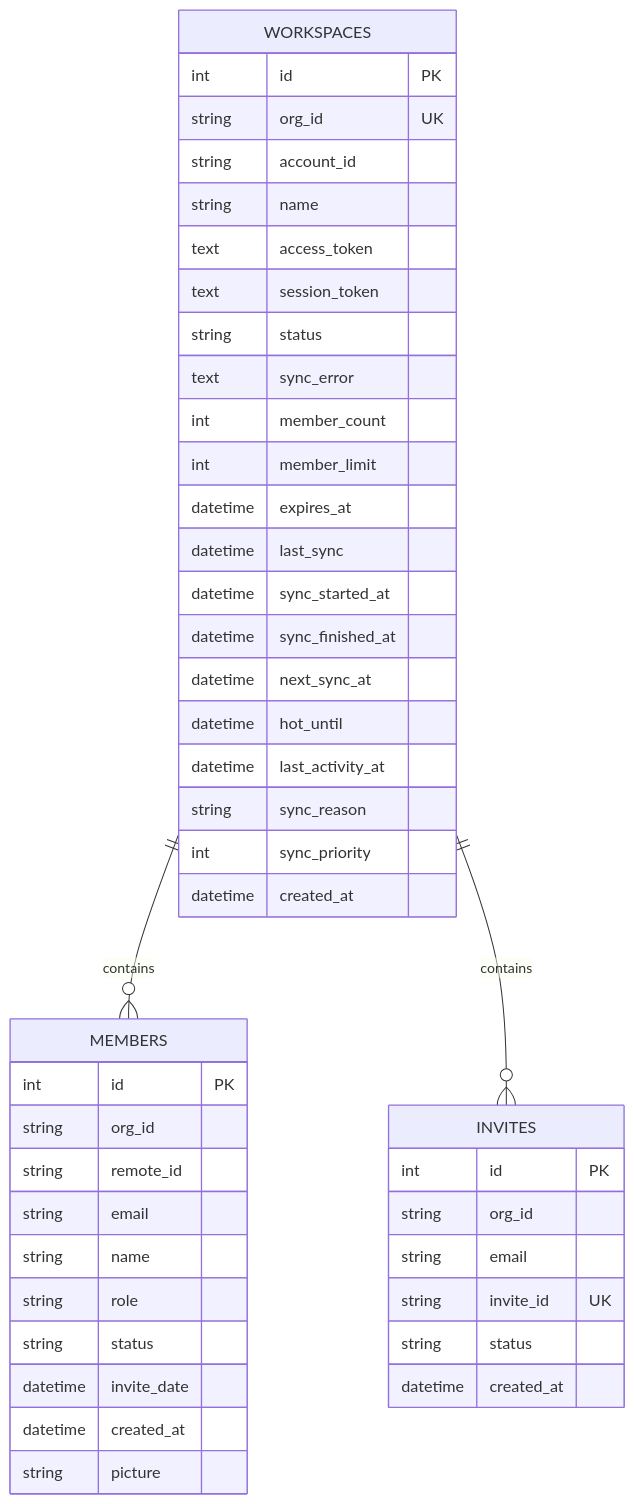
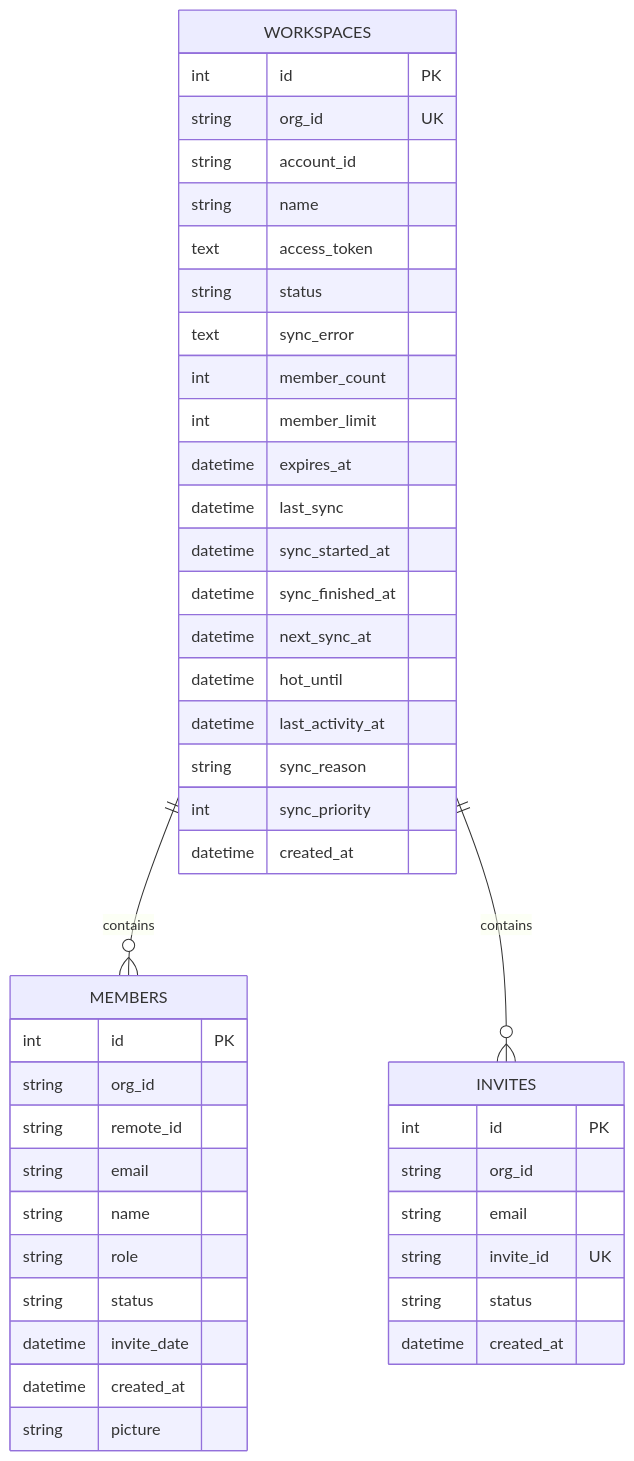
Before and after one commit to dungle03/tool_manage_chatgptTeam: the first of 5 diagrams in docs/DESIGN.md, drawn with Mermaid. The commit also changed other lines of this file and 28 other files, not shown here.

Commit message:
refactor: remove legacy session token support

````diff
--- a/docs/DESIGN.md
+++ b/docs/DESIGN.md
@@ -50,50 +54,49 @@
 ```mermaid
 erDiagram
     WORKSPACES ||--o{ MEMBERS : contains
     WORKSPACES ||--o{ INVITES : contains
 
     WORKSPACES {
         int id PK
         string org_id UK
         string account_id
         string name
         text access_token
-        text session_token
         string status
         text sync_error
         int member_count
         int member_limit
         datetime expires_at
         datetime last_sync
         datetime sync_started_at
         datetime sync_finished_at
         datetime next_sync_at
         datetime hot_until
         datetime last_activity_at
         string sync_reason
         int sync_priority
         datetime created_at
     }
 
     MEMBERS {
         int id PK
         string org_id
         string remote_id
         string email
         string name
         string role
         string status
         datetime invite_date
         datetime created_at
         string picture
     }
 
     INVITES {
         int id PK
         string org_id
         string email
         string invite_id UK
         string status
         datetime created_at
     }
 ```
````
